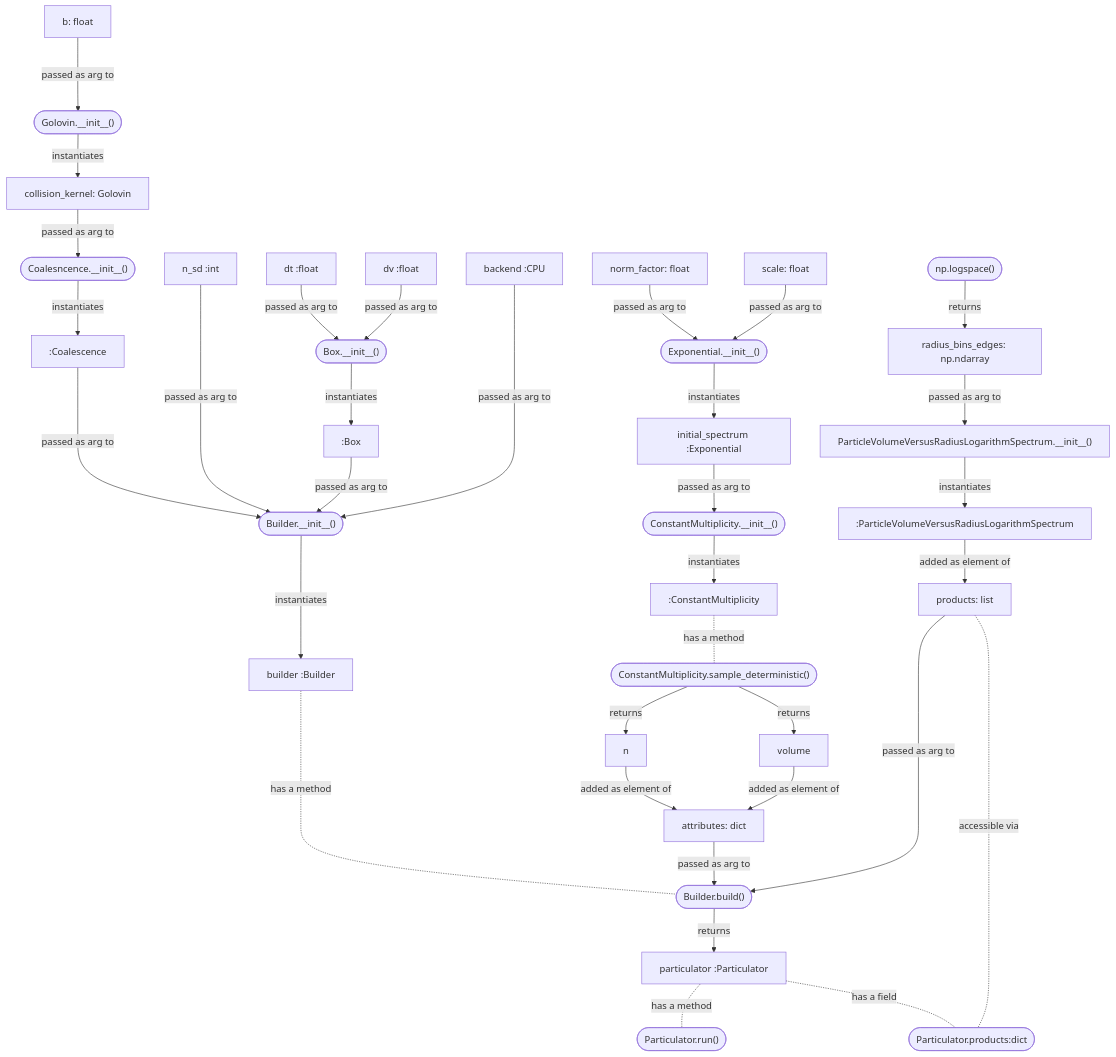
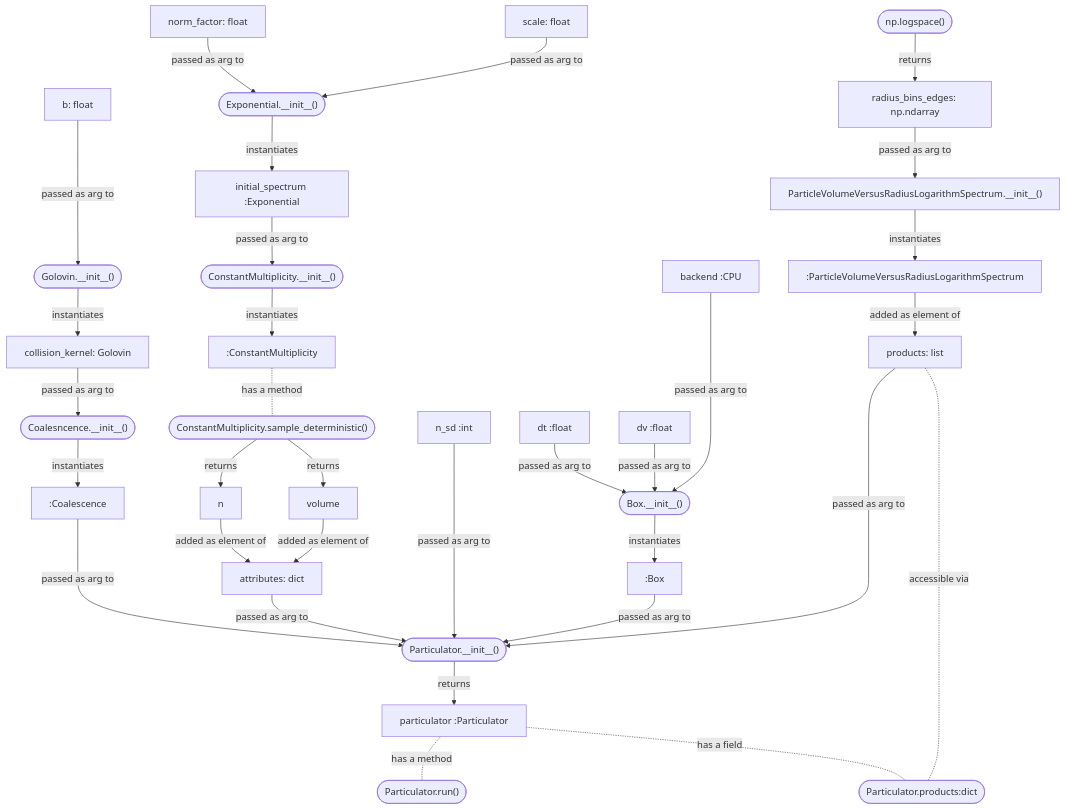
The first of 2 diagrams in docs/markdown/pysdm_landing.md (open-atmos/PySDM), drawn with Mermaid before and after one commit. The commit also changed other lines of this file, not shown here.

````diff
--- a/docs/markdown/pysdm_landing.md
+++ b/docs/markdown/pysdm_landing.md
@@ -300,55 +297,51 @@
 ```mermaid
  graph
-    COAL[":Coalescence"] --->|passed as arg to| BUILDER_INIT(["Builder.__init__()"])
-    BUILDER_INSTANCE["builder :Builder"] -...-|has a method| BUILDER_BUILD(["Builder.build()"])
-    ATTRIBUTES[attributes: dict] -->|passed as arg to| BUILDER_BUILD
-    N_SD["n_sd :int"] ---->|passed as arg to| BUILDER_INIT
-    BUILDER_INIT(["Builder.__init__()"]) --->|instantiates| BUILDER_INSTANCE
+    COAL[":Coalescence"] --->|passed as arg to| PARTICULATOR_INIT(["Particulator.__init__()"])
+    ATTRIBUTES[attributes: dict] -->|passed as arg to| PARTICULATOR_INIT
+    N_SD["n_sd :int"] ---->|passed as arg to| PARTICULATOR_INIT
     ENV_INIT(["Box.__init__()"]) -->|instantiates| ENV
     DT[dt :float] -->|passed as arg to| ENV_INIT
     DV[dv :float] -->|passed as arg to| ENV_INIT
-    ENV[":Box"] -->|passed as arg to| BUILDER_INIT
+    ENV[":Box"] -->|passed as arg to| PARTICULATOR_INIT
     B["b: float"] --->|passed as arg to| KERNEL_INIT(["Golovin.__init__()"])
     KERNEL_INIT -->|instantiates| KERNEL
     KERNEL[collision_kernel: Golovin] -->|passed as arg to| COAL_INIT(["Coalesncence.__init__()"])
     COAL_INIT -->|instantiates| COAL
-    PRODUCTS[products: list] ----->|passed as arg to| BUILDER_BUILD
+    PRODUCTS[products: list] ----->|passed as arg to| PARTICULATOR_INIT
     NORM_FACTOR[norm_factor: float]-->|passed as arg to| EXP_INIT
     SCALE[scale: float]-->|passed as arg to| EXP_INIT
     EXP_INIT(["Exponential.__init__()"]) -->|instantiates| IS
     IS["initial_spectrum :Exponential"] -->|passed as arg to| CM_INIT
     CM_INIT(["ConstantMultiplicity.__init__()"]) -->|instantiates| CM_INSTANCE
     CM_INSTANCE[":ConstantMultiplicity"] -.-|has a method| SAMPLE
     SAMPLE(["ConstantMultiplicity.sample_deterministic()"]) -->|returns| n
     SAMPLE -->|returns| volume
     n -->|added as element of| ATTRIBUTES
     PARTICULATOR_INSTANCE -.-|has a method| PARTICULATOR_RUN(["Particulator.run()"])
     volume -->|added as element of| ATTRIBUTES
-    BUILDER_BUILD -->|returns| PARTICULATOR_INSTANCE["particulator :Particulator"]
+    PARTICULATOR_INIT -->|returns| PARTICULATOR_INSTANCE["particulator :Particulator"]
     PARTICULATOR_INSTANCE -.-|has a field| PARTICULATOR_PROD(["Particulator.products:dict"])
-    BACKEND_INSTANCE["backend :CPU"] ---->|passed as arg to| BUILDER_INIT
+    BACKEND_INSTANCE["backend :CPU"] ---->|passed as arg to| ENV_INIT
     PRODUCTS -.-|accessible via| PARTICULATOR_PROD
     NP_LOGSPACE(["np.logspace()"]) -->|returns| EDGES
     EDGES[radius_bins_edges: np.ndarray] -->|passed as arg to| SPECTRUM_INIT
     SPECTRUM_INIT["ParticleVolumeVersusRadiusLogarithmSpectrum.__init__()"] -->|instantiates| SPECTRUM
     SPECTRUM[":ParticleVolumeVersusRadiusLogarithmSpectrum"] -->|added as element of| PRODUCTS
 
     click COAL "https://open-atmos.github.io/PySDM/PySDM/dynamics/collisions/collision.html#Coalescence"
-    click BUILDER_INSTANCE "https://open-atmos.github.io/PySDM/PySDM/builder.html"
-    click BUILDER_INIT "https://open-atmos.github.io/PySDM/PySDM/builder.html"
+    click PARTICULATOR_INIT "https://open-atmos.github.io/PySDM/PySDM/particulator.html"
     click ENV_INIT "https://open-atmos.github.io/PySDM/PySDM/environments.html"
     click ENV "https://open-atmos.github.io/PySDM/PySDM/environments.html"
     click KERNEL_INIT "https://open-atmos.github.io/PySDM/PySDM/dynamics/collisions/collision_kernels.html"
     click KERNEL "https://open-atmos.github.io/PySDM/PySDM/dynamics/collisions/collision_kernels.html"
     click EXP_INIT "https://open-atmos.github.io/PySDM/PySDM/initialisation/spectra.html"
     click IS "https://open-atmos.github.io/PySDM/PySDM/initialisation/spectra.html"
     click CM_INIT "https://open-atmos.github.io/PySDM/PySDM/initialisation/sampling/spectral_sampling.html"
     click CM_INSTANCE "https://open-atmos.github.io/PySDM/PySDM/initialisation/sampling/spectral_sampling.html"
     click SAMPLE "https://open-atmos.github.io/PySDM/PySDM/initialisation/sampling/spectral_sampling.html"
     click PARTICULATOR_INSTANCE "https://open-atmos.github.io/PySDM/PySDM/particulator.html"
     click BACKEND_INSTANCE "https://open-atmos.github.io/PySDM/PySDM/backends/numba.html"
-    click BUILDER_BUILD "https://open-atmos.github.io/PySDM/PySDM/builder.html"
     click NP_LOGSPACE "https://numpy.org/doc/stable/reference/generated/numpy.logspace.html"
     click SPECTRUM_INIT "https://open-atmos.github.io/PySDM/PySDM/products/size_spectral/particle_volume_versus_radius_logarithm_spectrum.html"
     click SPECTRUM "https://open-atmos.github.io/PySDM/PySDM/products/size_spectral/particle_volume_versus_radius_logarithm_spectrum.html"
 ```
````
